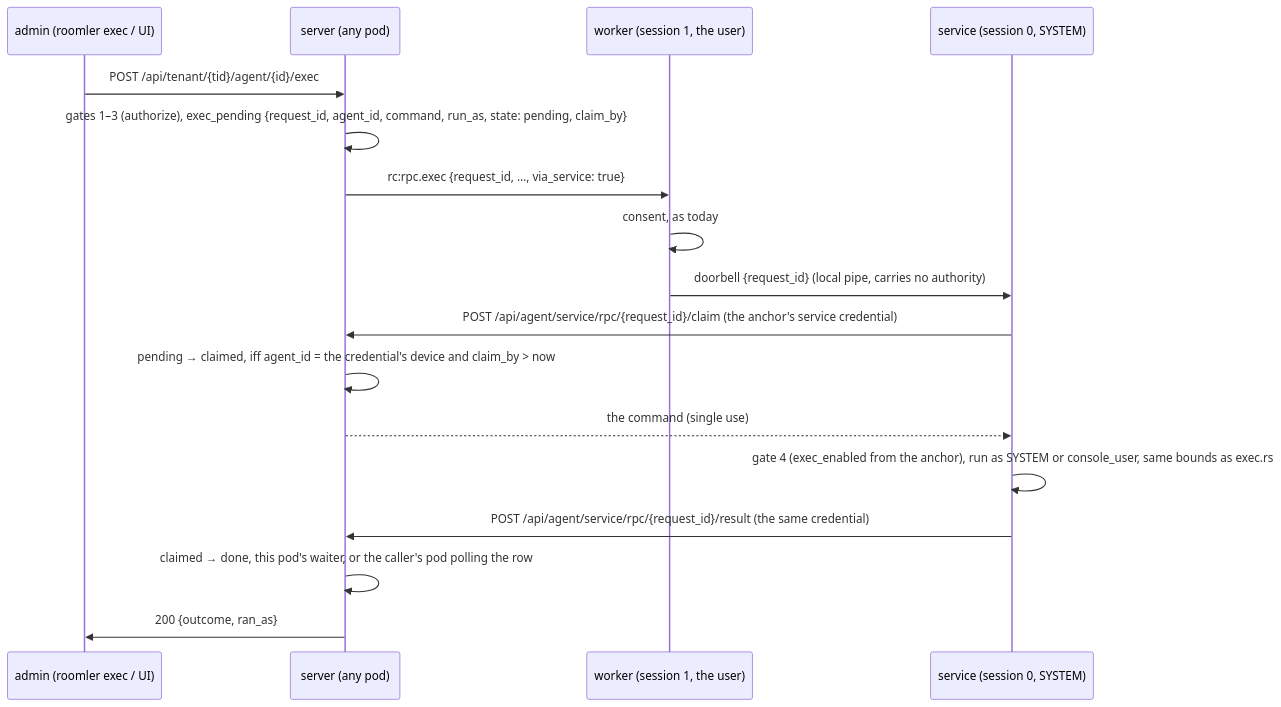
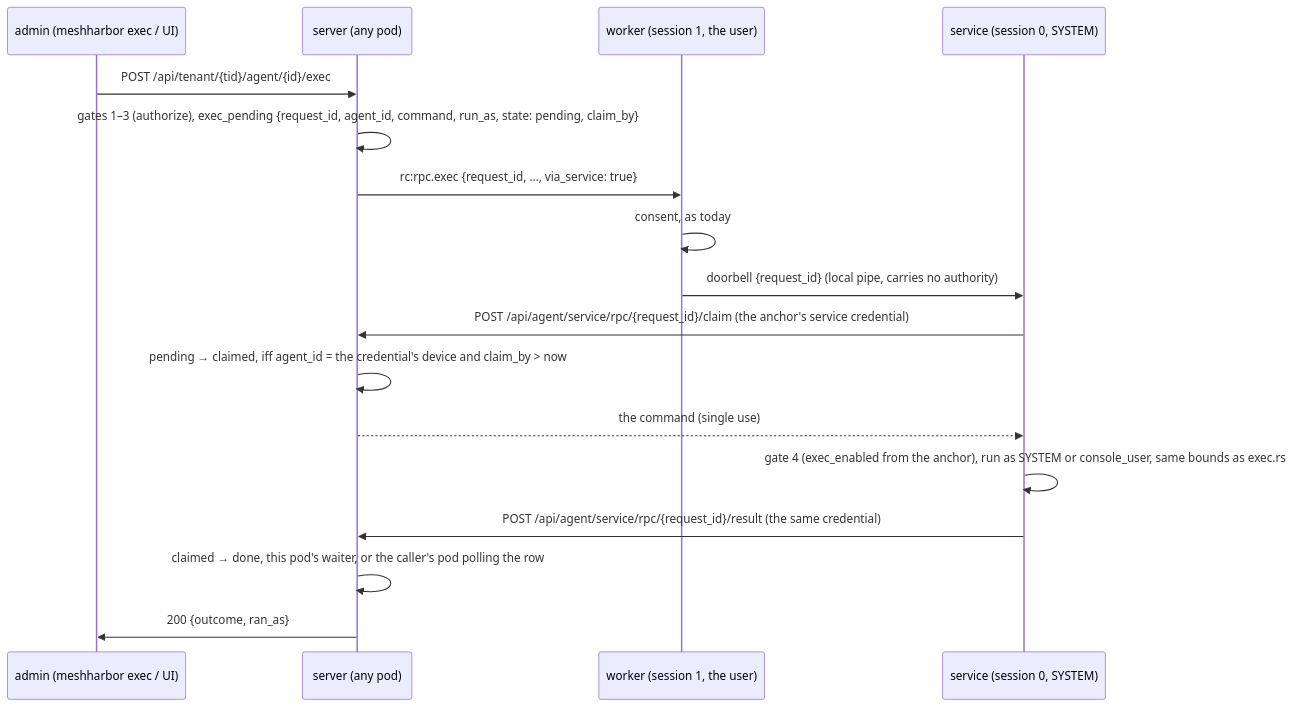
Before and after one commit to jk-zhang-meta/MeshHarbor: the first of 2 diagrams in docs/fr/FR-94-fleet-rpc-system-on-windows.md, drawn with Mermaid. The commit also changed other lines of this file and 682 other files, not shown here.

````diff
--- a/docs/fr/FR-94-fleet-rpc-system-on-windows.md
+++ b/docs/fr/FR-94-fleet-rpc-system-on-windows.md
@@ -91,19 +91,19 @@
 ```mermaid
 sequenceDiagram
-  participant A as admin (roomler exec / UI)
+  participant A as admin (meshharbor exec / UI)
   participant S as server (any pod)
   participant W as worker (session 1, the user)
   participant V as service (session 0, SYSTEM)
   A->>S: POST /api/tenant/{tid}/agent/{id}/exec
   S->>S: gates 1–3 (authorize), exec_pending {request_id, agent_id, command, run_as, state: pending, claim_by}
   S->>W: rc:rpc.exec {request_id, …, via_service: true}
   W->>W: consent, as today
   W->>V: doorbell {request_id} (local pipe, carries no authority)
   V->>S: POST /api/agent/service/rpc/{request_id}/claim (the anchor's service credential)
   S->>S: pending → claimed, iff agent_id = the credential's device and claim_by > now
   S-->>V: the command (single use)
   V->>V: gate 4 (exec_enabled from the anchor), run as SYSTEM or console_user, same bounds as exec.rs
   V->>S: POST /api/agent/service/rpc/{request_id}/result (the same credential)
   S->>S: claimed → done, this pod's waiter, or the caller's pod polling the row
   S->>A: 200 {outcome, ran_as}
 ```
````
